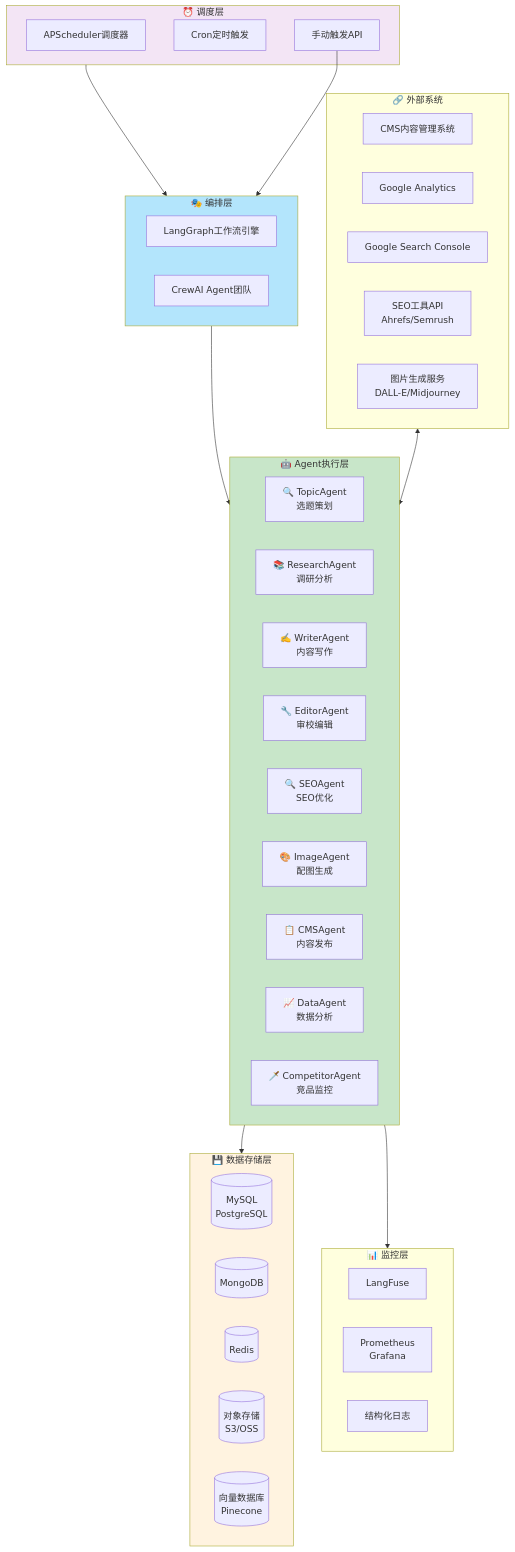
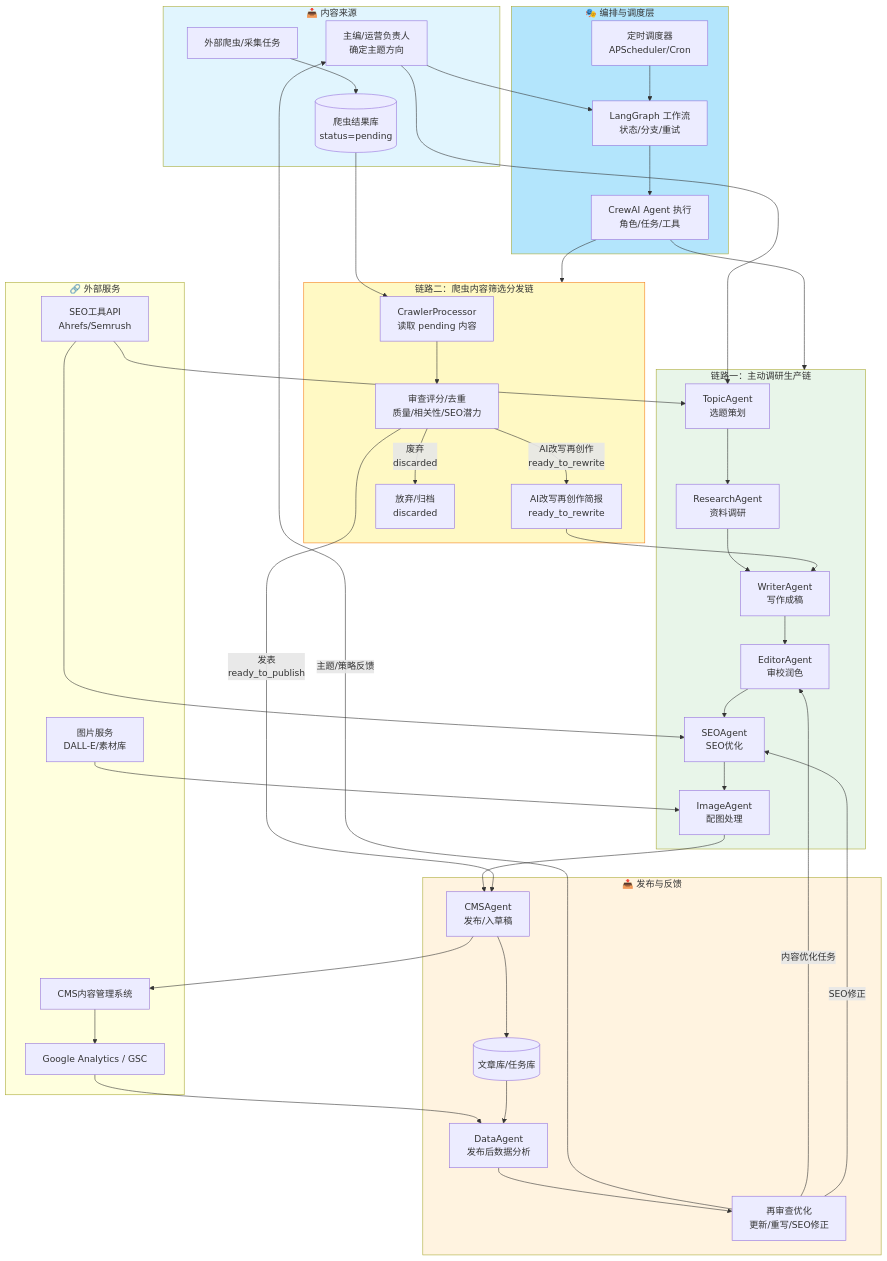
One commit to flyingsnowzz/Multi-Agent-Automatic-Operation-Website changed the first of 7 diagrams in 02-技术实现规范.md. Above: the diagram before and after it, drawn with Mermaid. The commit also changed other lines of this file and 15 other files, not shown here.

````diff
--- a/02-技术实现规范.md
+++ b/02-技术实现规范.md
@@ -25,59 +25,78 @@
 ```mermaid
 flowchart TB
-    subgraph EXTERNAL["🔗 外部系统"]
-        CMS["CMS内容管理系统"]
-        GA["Google Analytics"]
-        GSC["Google Search Console"]
-        SEO_API["SEO工具API<br/>Ahrefs/Semrush"]
-        IMG_GEN["图片生成服务<br/>DALL-E/Midjourney"]
+    subgraph INPUTS["📥 内容来源"]
+        CHIEF["主编/运营负责人<br/>确定主题方向"]
+        SPIDER["外部爬虫/采集任务"]
+        CRAWLER_DB[("爬虫结果库<br/>status=pending")]
     end
 
-    subgraph SCHEDULER["⏰ 调度层"]
-        APS["APScheduler调度器"]
-        CRON["Cron定时触发"]
-        TRIGGER["手动触发API"]
+    subgraph ORCHESTRATION["🎭 编排与调度层"]
+        SCHEDULER["定时调度器<br/>APScheduler/Cron"]
+        WORKFLOW["LangGraph 工作流<br/>状态/分支/重试"]
+        CREW["CrewAI Agent 执行<br/>角色/任务/工具"]
     end
 
-    subgraph ORCHESTRATION["🎭 编排层"]
-        LGF["LangGraph工作流引擎"]
-        CREW["CrewAI Agent团队"]
+    subgraph ACTIVE_CHAIN["链路一：主动调研生产链"]
+        TOPIC["TopicAgent<br/>选题策划"]
+        RESEARCH["ResearchAgent<br/>资料调研"]
+        WRITER["WriterAgent<br/>写作成稿"]
+        EDITOR["EditorAgent<br/>审校润色"]
+        SEO["SEOAgent<br/>SEO优化"]
+        IMAGE["ImageAgent<br/>配图处理"]
     end
 
-    subgraph AGENTS["🤖 Agent执行层"]
-        TOPIC["🔍 TopicAgent<br/>选题策划"]
-        RESEARCH["📚 ResearchAgent<br/>调研分析"]
-        WRITER["✍️ WriterAgent<br/>内容写作"]
-        EDITOR["🔧 EditorAgent<br/>审校编辑"]
-        SEO["🔍 SEOAgent<br/>SEO优化"]
-        IMAGE["🎨 ImageAgent<br/>配图生成"]
-        CMS_AGENT["📋 CMSAgent<br/>内容发布"]
-        DATA["📈 DataAgent<br/>数据分析"]
-        COMPETE["🗡️ CompetitorAgent<br/>竞品监控"]
+    subgraph CRAWLER_CHAIN["链路二：爬虫内容筛选分发链"]
+        CRAWLER["CrawlerProcessor<br/>读取 pending 内容"]
+        REVIEW["审查评分/去重<br/>质量/相关性/SEO潜力"]
+        REWRITE_BRIEF["AI改写再创作简报<br/>ready_to_rewrite"]
+        DISCARD["放弃/归档<br/>discarded"]
     end
 
-    subgraph STORAGE["💾 数据存储层"]
-        MYSQL[("MySQL<br/>PostgreSQL")]
-        MONGO[("MongoDB")]
-        REDIS[("Redis")]
-        S3[("对象存储<br/>S3/OSS")]
-        VECTOR[("向量数据库<br/>Pinecone")]
+    subgraph PUBLISHING["📤 发布与反馈"]
+        CMS_AGENT["CMSAgent<br/>发布/入草稿"]
+        ARTICLE_DB[("文章库/任务库")]
+        DATA["DataAgent<br/>发布后数据分析"]
+        RECHECK["再审查优化<br/>更新/重写/SEO修正"]
     end
 
-    subgraph MONITOR["📊 监控层"]
-        LANGFUSE["LangFuse"]
-        GRAFANA["Prometheus<br/>Grafana"]
-        LOGGING["结构化日志"]
+    subgraph EXTERNAL["🔗 外部服务"]
+        CMS["CMS内容管理系统"]
+        GA["Google Analytics / GSC"]
+        SEO_API["SEO工具API<br/>Ahrefs/Semrush"]
+        IMG_GEN["图片服务<br/>DALL-E/素材库"]
     end
 
-    SCHEDULER --> ORCHESTRATION
-    TRIGGER --> ORCHESTRATION
-    ORCHESTRATION --> AGENTS
-    EXTERNAL <--> AGENTS
-    AGENTS --> STORAGE
-    AGENTS --> MONITOR
+    CHIEF --> WORKFLOW
+    SCHEDULER --> WORKFLOW
+    WORKFLOW --> CREW
+    CREW --> ACTIVE_CHAIN
+    CREW --> CRAWLER_CHAIN
 
+    CHIEF --> TOPIC
+    TOPIC --> RESEARCH --> WRITER --> EDITOR --> SEO --> IMAGE --> CMS_AGENT
+
+    SPIDER --> CRAWLER_DB
+    CRAWLER_DB --> CRAWLER --> REVIEW
+    REVIEW -->|"发表<br/>ready_to_publish"| CMS_AGENT
+    REVIEW -->|"AI改写再创作<br/>ready_to_rewrite"| REWRITE_BRIEF --> WRITER
+    REVIEW -->|"废弃<br/>discarded"| DISCARD
+
+    CMS_AGENT --> CMS
+    CMS_AGENT --> ARTICLE_DB
+    CMS --> GA --> DATA
+    ARTICLE_DB --> DATA
+    DATA --> RECHECK
+    RECHECK -->|"主题/策略反馈"| CHIEF
+    RECHECK -->|"内容优化任务"| EDITOR
+    RECHECK -->|"SEO修正"| SEO
+
+    SEO_API --> TOPIC
+    SEO_API --> SEO
+    IMG_GEN --> IMAGE
+
+    style INPUTS fill:#e1f5fe
     style ORCHESTRATION fill:#b3e5fc
-    style AGENTS fill:#c8e6c9
-    style STORAGE fill:#fff3e0
-    style SCHEDULER fill:#f3e5f5
+    style ACTIVE_CHAIN fill:#e8f5e9
+    style CRAWLER_CHAIN fill:#fff9c4,stroke:#f57f17
+    style PUBLISHING fill:#fff3e0
 ```
````
